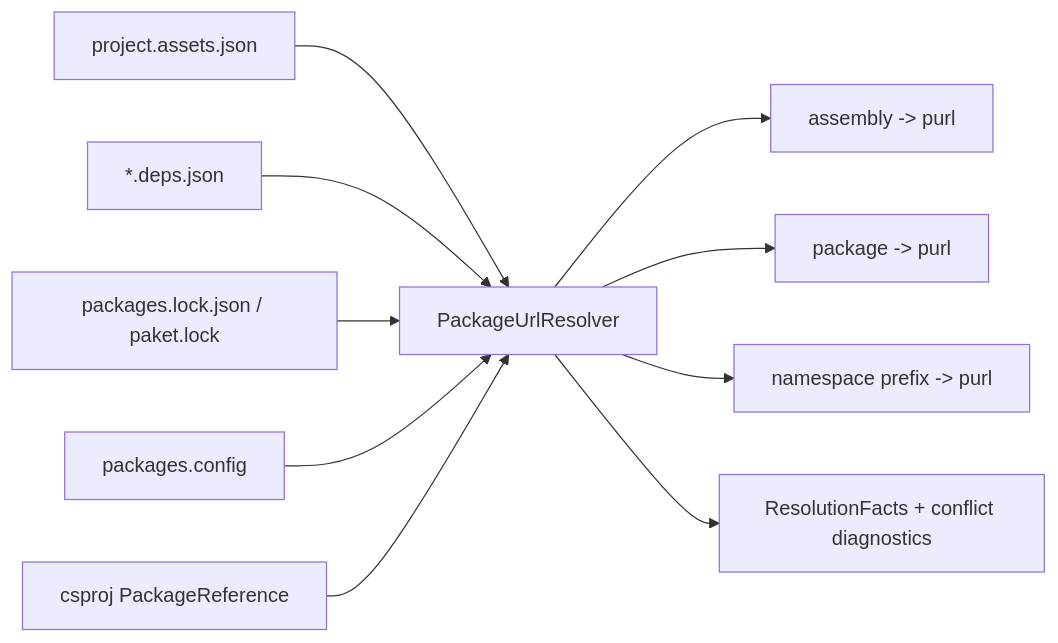
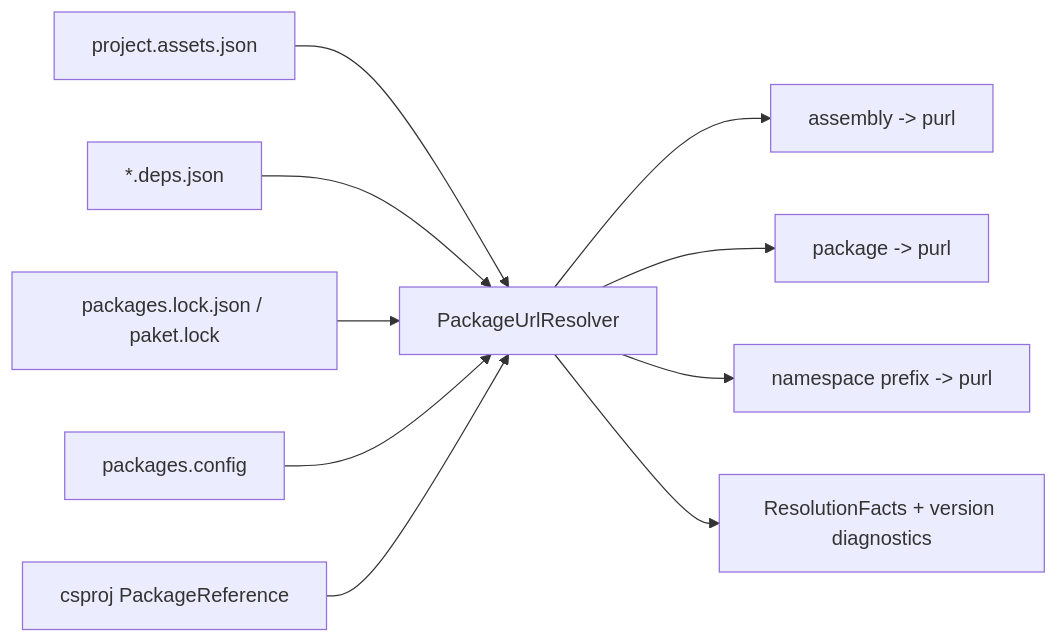
Before and after one commit to owasp-dep-scan/dosai: the diagram in docs/supply-chain-purl.md, drawn with Mermaid. The commit also changed other lines of this file and 10 other files, not shown here.

````diff
--- a/docs/supply-chain-purl.md
+++ b/docs/supply-chain-purl.md
@@ -42,12 +58,12 @@
 ```mermaid
 flowchart LR
     Assets[project.assets.json] --> Resolver[PackageUrlResolver]
     Deps[*.deps.json] --> Resolver
     Locks[packages.lock.json / paket.lock] --> Resolver
     Config[packages.config] --> Resolver
     Csproj[csproj PackageReference] --> Resolver
     Resolver --> AssemblyMap[assembly -> purl]
     Resolver --> PackageMap[package -> purl]
     Resolver --> NamespacePrefix[namespace prefix -> purl]
-    Resolver --> Facts[ResolutionFacts + conflict diagnostics]
+    Resolver --> Facts[ResolutionFacts + version diagnostics]
 ```
````
